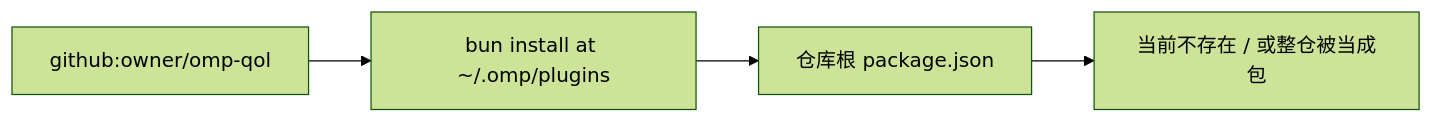
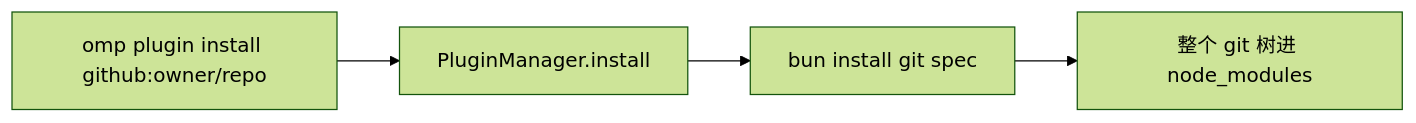
Before and after one commit to RatmmmhSquishyRat/omp-qol: the third of 3 diagrams in docs/plans/routes/plugin-distribution-clarification-report.md, drawn with Mermaid (forest theme). The commit also changed other lines of this file and 8 other files, not shown here.

````diff
--- a/docs/plans/routes/plugin-distribution-clarification-report.md
+++ b/docs/plans/routes/plugin-distribution-clarification-report.md
@@ -123,6 +120,6 @@
 ```mermaid
 flowchart LR
-    Spec[github:owner/omp-qol] --> Bun[bun install at ~/.omp/plugins]
-    Bun --> RootPkg[仓库根 package.json]
-    RootPkg --> Fail[当前不存在 / 或整仓被当成包]
+    User[omp plugin install github:owner/repo] --> PM[PluginManager.install]
+    PM --> Bun[bun install git spec]
+    Bun --> Tree[整个 git 树进 node_modules]
 ```
````
